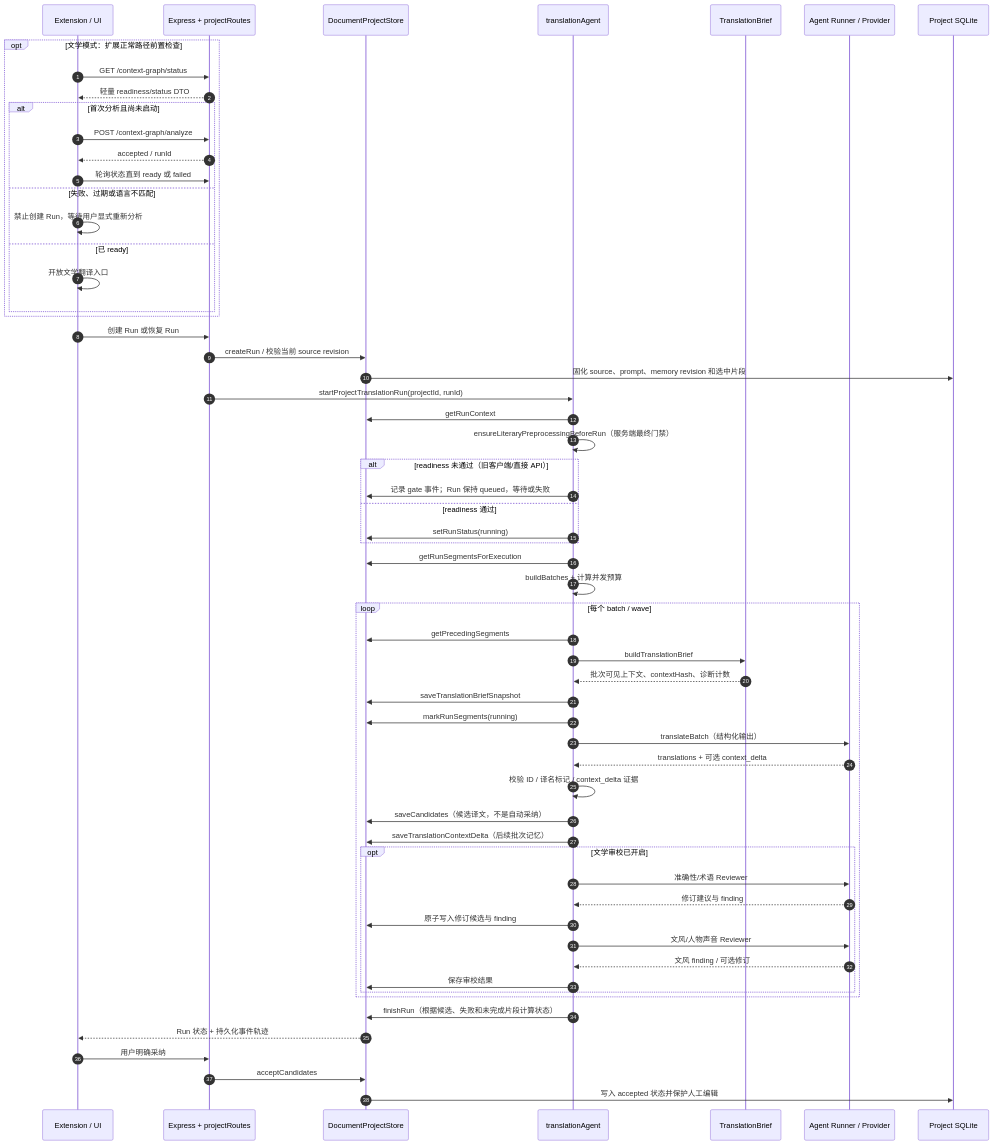
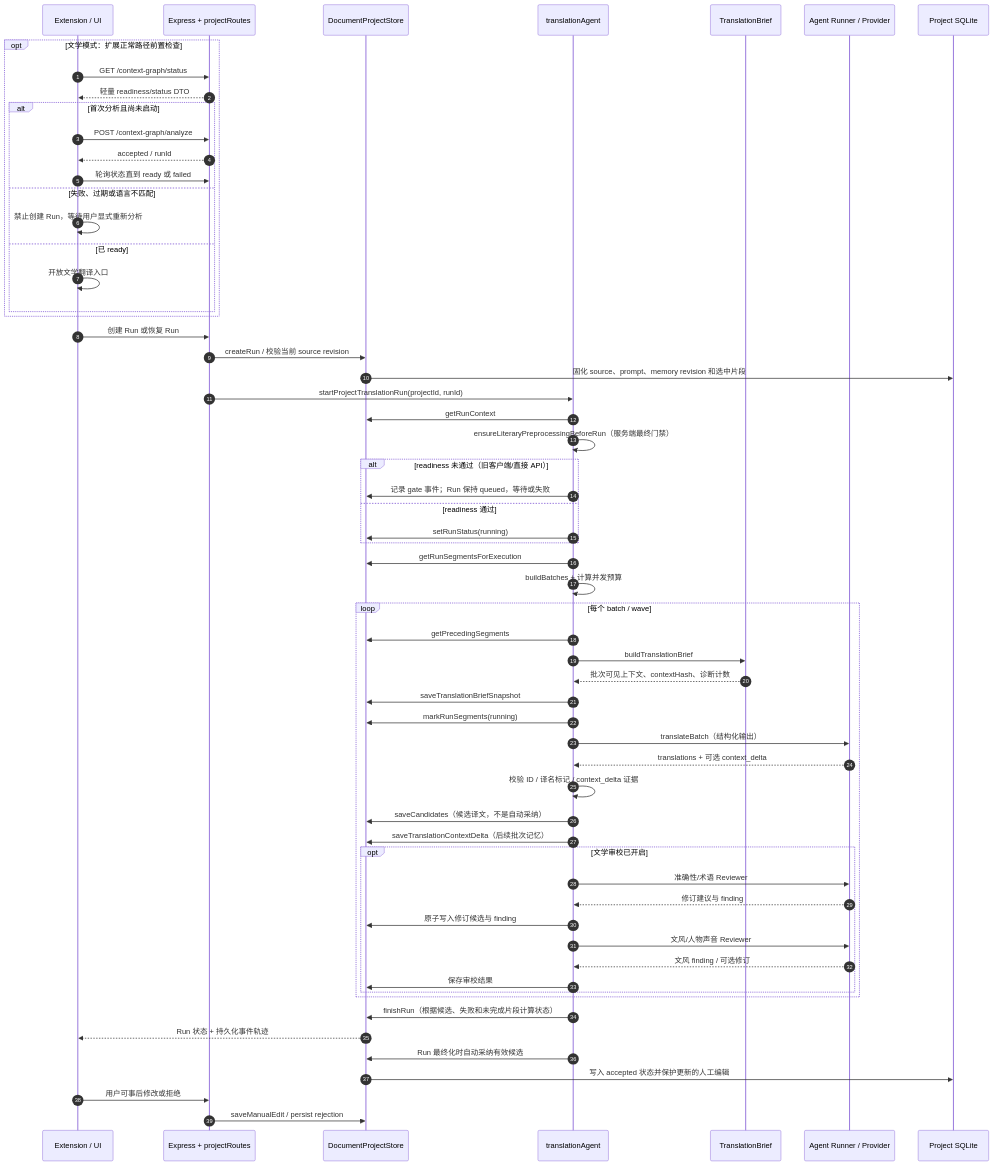
Before and after one commit to saga/vocal-saga: the second of 5 diagrams in docs/LOCAL_AGENT_SERVICE_ARCHITECTURE.md, drawn with Mermaid. The commit also changed other lines of this file, not shown here.

Commit message:
Sync Local Agent documentation with current implementation

````diff
--- a/docs/LOCAL_AGENT_SERVICE_ARCHITECTURE.md
+++ b/docs/LOCAL_AGENT_SERVICE_ARCHITECTURE.md
@@ -42,62 +42,63 @@
 ```mermaid
 sequenceDiagram
     autonumber
     participant UI as Extension / UI
     participant HTTP as Express + projectRoutes
     participant Store as DocumentProjectStore
     participant Agent as translationAgent
     participant Brief as TranslationBrief
     participant Model as Agent Runner / Provider
     participant DB as Project SQLite
     opt 文学模式：扩展正常路径前置检查
         UI->>HTTP: GET /context-graph/status
         HTTP-->>UI: 轻量 readiness/status DTO
         alt 首次分析且尚未启动
             UI->>HTTP: POST /context-graph/analyze
             HTTP-->>UI: accepted / runId
             UI->>HTTP: 轮询状态直到 ready 或 failed
         else 失败、过期或语言不匹配
             UI->>UI: 禁止创建 Run，等待用户显式重新分析
         else 已 ready
             UI->>UI: 开放文学翻译入口
         end
     end
     UI->>HTTP: 创建 Run 或恢复 Run
     HTTP->>Store: createRun / 校验当前 source revision
     Store->>DB: 固化 source、prompt、memory revision 和选中片段
     HTTP->>Agent: startProjectTranslationRun(projectId, runId)
     Agent->>Store: getRunContext
     Agent->>Agent: ensureLiteraryPreprocessingBeforeRun（服务端最终门禁）
     alt readiness 未通过（旧客户端/直接 API）
         Agent->>Store: 记录 gate 事件；Run 保持 queued，等待或失败
     else readiness 通过
         Agent->>Store: setRunStatus(running)
     end
     Agent->>Store: getRunSegmentsForExecution
     Agent->>Agent: buildBatches + 计算并发预算
     loop 每个 batch / wave
         Agent->>Store: getPrecedingSegments
         Agent->>Brief: buildTranslationBrief
         Brief-->>Agent: 批次可见上下文、contextHash、诊断计数
         Agent->>Store: saveTranslationBriefSnapshot
         Agent->>Store: markRunSegments(running)
         Agent->>Model: translateBatch（结构化输出）
         Model-->>Agent: translations + 可选 context_delta
         Agent->>Agent: 校验 ID / 译名标记 / context_delta 证据
         Agent->>Store: saveCandidates（候选译文，不是自动采纳）
         Agent->>Store: saveTranslationContextDelta（后续批次记忆）
         opt 文学审校已开启
             Agent->>Model: 准确性/术语 Reviewer
             Model-->>Agent: 修订建议与 finding
             Agent->>Store: 原子写入修订候选与 finding
             Agent->>Model: 文风/人物声音 Reviewer
             Model-->>Agent: 文风 finding / 可选修订
             Agent->>Store: 保存审校结果
         end
     end
     Agent->>Store: finishRun（根据候选、失败和未完成片段计算状态）
     Store-->>UI: Run 状态 + 持久化事件轨迹
-    UI->>HTTP: 用户明确采纳
-    HTTP->>Store: acceptCandidates
-    Store->>DB: 写入 accepted 状态并保护人工编辑
+    Agent->>Store: Run 最终化时自动采纳有效候选
+    Store->>DB: 写入 accepted 状态并保护更新的人工编辑
+    UI->>HTTP: 用户可事后修改或拒绝
+    HTTP->>Store: saveManualEdit / persist rejection
 ```
````
